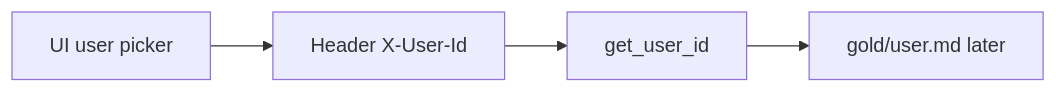
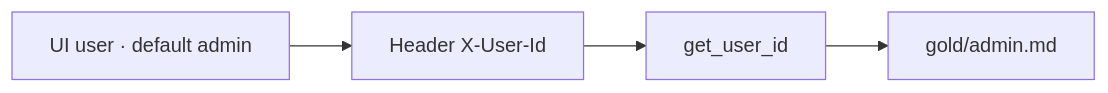
One commit to abhishekjasani/AgentAnyStack changed the diagram in docs/architecture/10_USER.md. Above: the diagram before and after it, drawn with Mermaid. The commit also changed other lines of this file and 23 other files, not shown here.

````diff
--- a/docs/architecture/10_USER.md
+++ b/docs/architecture/10_USER.md
@@ -5,8 +5,8 @@
 ```mermaid
 flowchart LR
-    UI[UI user picker]
+    UI[UI user · default admin]
     H["Header X-User-Id"]
     API[get_user_id]
-    GOLD["gold/user.md later"]
+    GOLD["gold/admin.md"]
     UI --> H --> API --> GOLD
 ```
````
